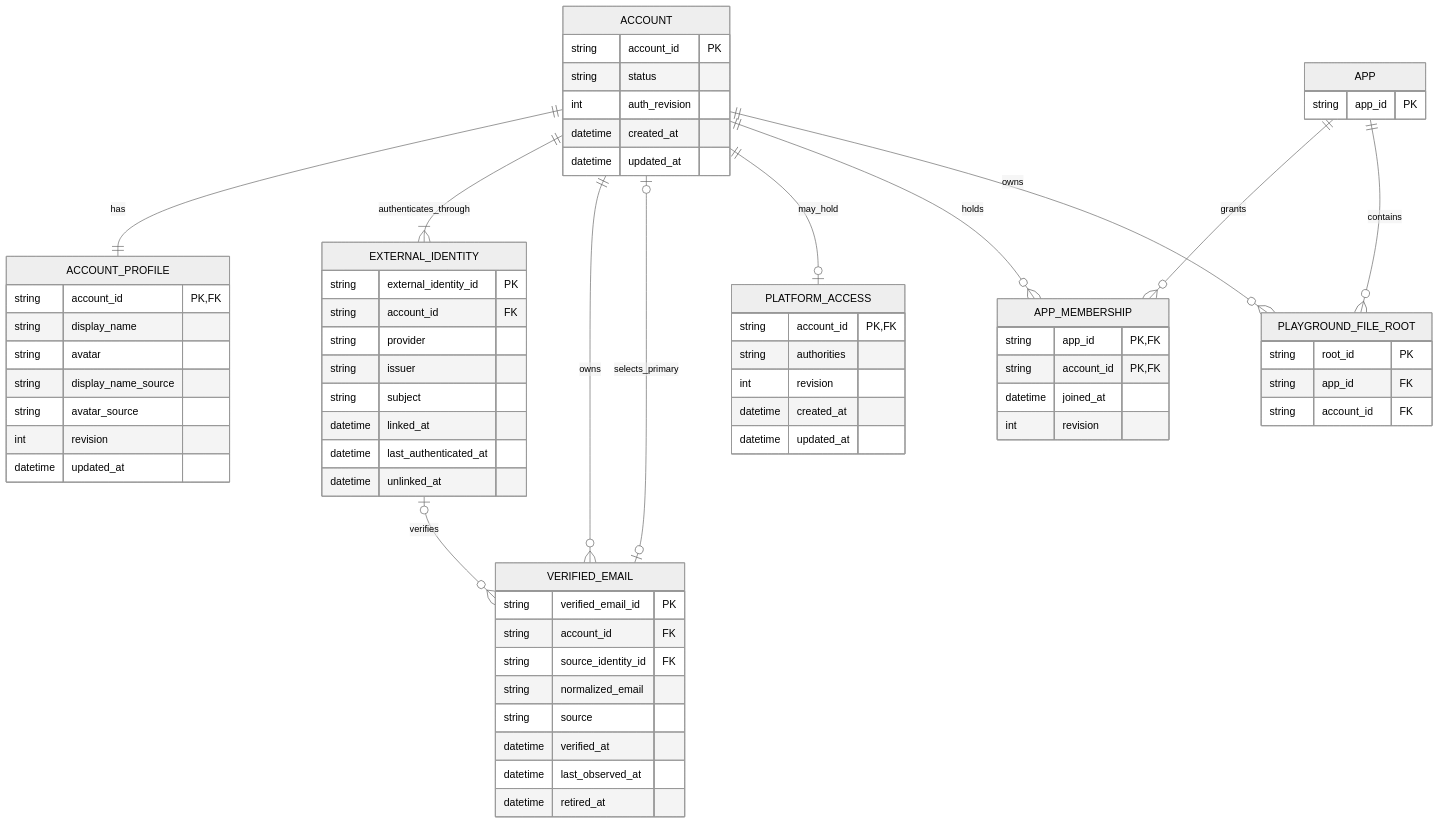
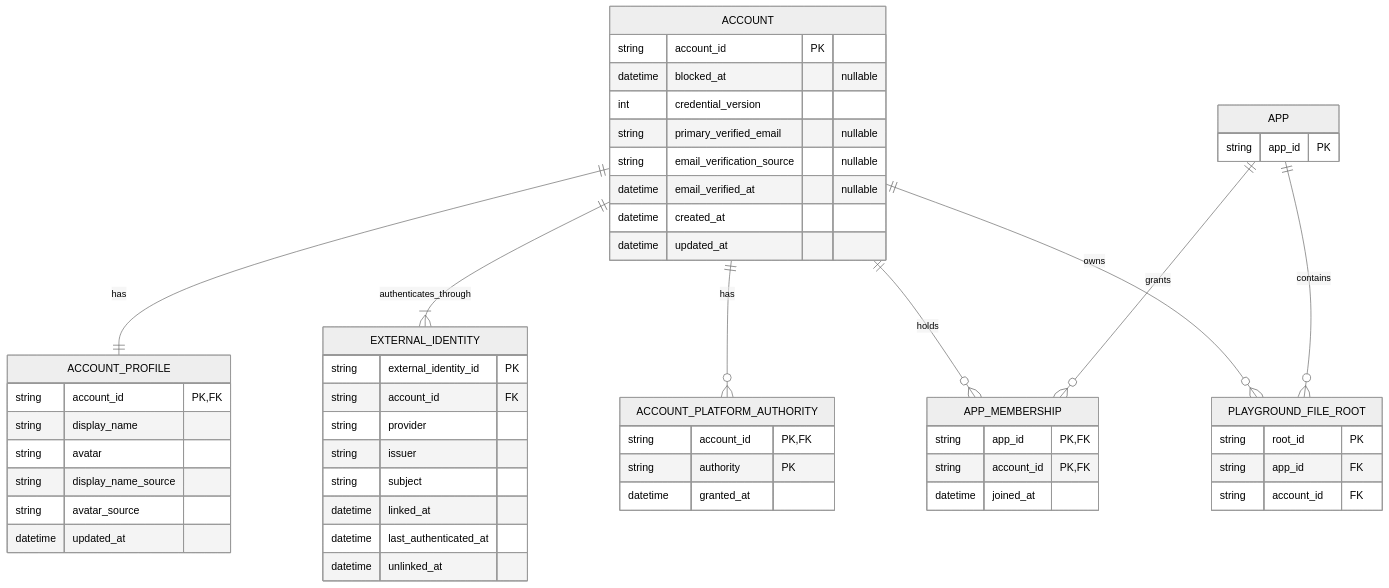
Before and after one commit to shazhou-ww/unicas: the first of 2 diagrams in tasks/ongoing/scottwei-office-pc/support-multi-provider-admin-identity/BusinessDataModel.md, drawn with Mermaid (neutral theme). The commit also changed other lines of this file and 5 other files, not shown here.

````diff
--- a/tasks/ongoing/scottwei-office-pc/support-multi-provider-admin-identity/BusinessDataModel.md
+++ b/tasks/ongoing/scottwei-office-pc/support-multi-provider-admin-identity/BusinessDataModel.md
@@ -48,78 +48,63 @@
 ```mermaid
 erDiagram
   ACCOUNT {
     string account_id PK
-    string status
-    int auth_revision
+    datetime blocked_at "nullable"
+    int credential_version
+    string primary_verified_email "nullable"
+    string email_verification_source "nullable"
+    datetime email_verified_at "nullable"
     datetime created_at
     datetime updated_at
   }
 
   ACCOUNT_PROFILE {
     string account_id PK, FK
     string display_name
     string avatar
     string display_name_source
     string avatar_source
-    int revision
     datetime updated_at
   }
 
   EXTERNAL_IDENTITY {
     string external_identity_id PK
     string account_id FK
     string provider
     string issuer
     string subject
     datetime linked_at
     datetime last_authenticated_at
     datetime unlinked_at
   }
 
-  VERIFIED_EMAIL {
-    string verified_email_id PK
-    string account_id FK
-    string source_identity_id FK
-    string normalized_email
-    string source
-    datetime verified_at
-    datetime last_observed_at
-    datetime retired_at
-  }
-
-  PLATFORM_ACCESS {
+  ACCOUNT_PLATFORM_AUTHORITY {
     string account_id PK, FK
-    string authorities
-    int revision
-    datetime created_at
-    datetime updated_at
+    string authority PK
+    datetime granted_at
   }
 
   APP {
     string app_id PK
   }
 
   APP_MEMBERSHIP {
     string app_id PK, FK
     string account_id PK, FK
     datetime joined_at
-    int revision
   }
 
   PLAYGROUND_FILE_ROOT {
     string root_id PK
     string app_id FK
     string account_id FK
   }
 
   ACCOUNT ||--|| ACCOUNT_PROFILE : has
   ACCOUNT ||--|{ EXTERNAL_IDENTITY : authenticates_through
-  ACCOUNT ||--o{ VERIFIED_EMAIL : owns
-  ACCOUNT o|--o| VERIFIED_EMAIL : selects_primary
-  EXTERNAL_IDENTITY o|--o{ VERIFIED_EMAIL : verifies
-  ACCOUNT ||--o| PLATFORM_ACCESS : may_hold
+  ACCOUNT ||--o{ ACCOUNT_PLATFORM_AUTHORITY : has
   ACCOUNT ||--o{ APP_MEMBERSHIP : holds
   APP ||--o{ APP_MEMBERSHIP : grants
   ACCOUNT ||--o{ PLAYGROUND_FILE_ROOT : owns
   APP ||--o{ PLAYGROUND_FILE_ROOT : contains
 ```
````
